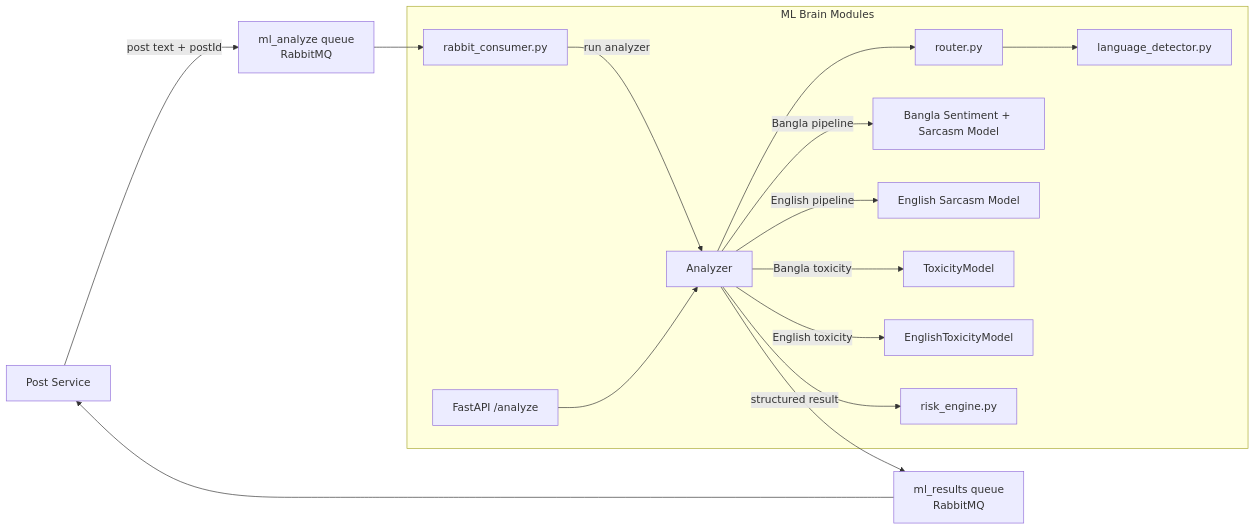
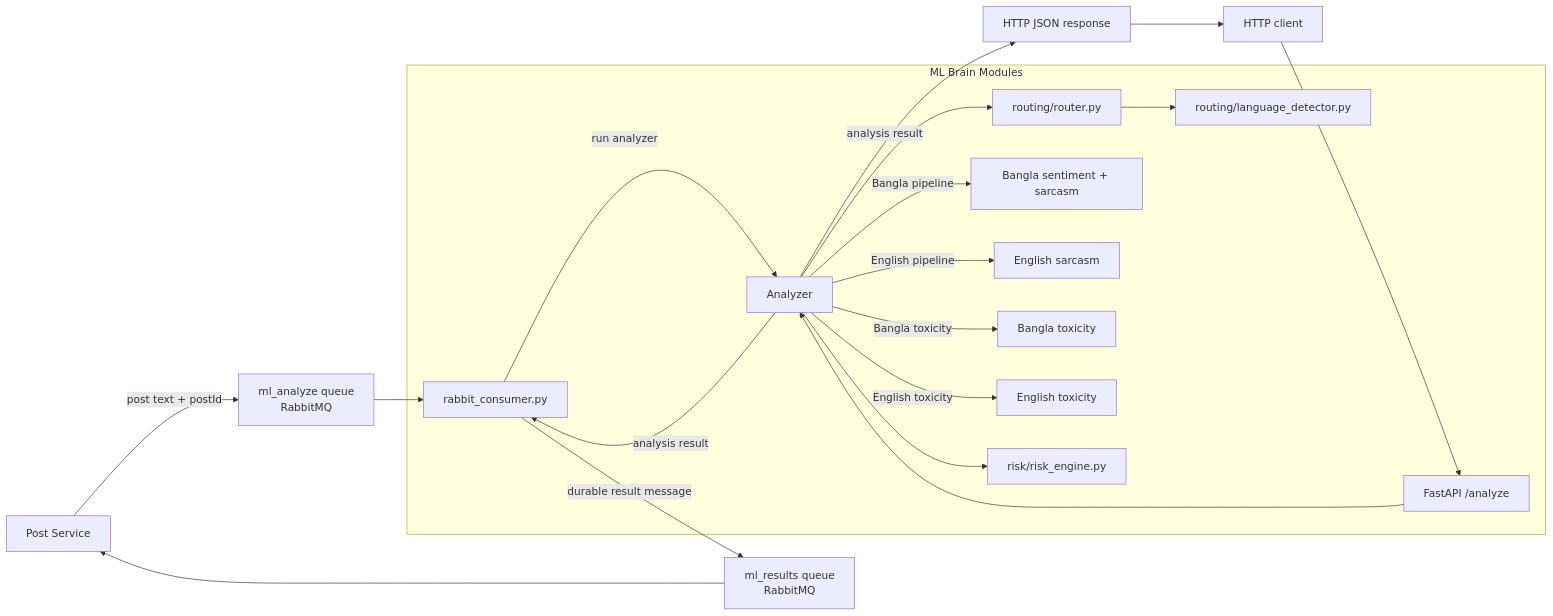
One commit to taiyeba-software/verbascope-social-ml changed the diagram in services/ml-brain/README.md. Above: the diagram before and after it, drawn with Mermaid. The commit also changed other lines of this file and 2 other files, not shown here.

Commit message:
ml-brain: auto-reconnect, redact logs, consumer status in /health, optional API key

````diff
--- a/services/ml-brain/README.md
+++ b/services/ml-brain/README.md
@@ -15,31 +22,35 @@
 ```mermaid
 flowchart LR
     POST[Post Service] -->|post text + postId| MQ1[ml_analyze queue\nRabbitMQ]
     MQ1 --> CONSUMER[rabbit_consumer.py]
     CONSUMER -->|run analyzer| ANALYZER[Analyzer]
 
-    HTTP[FastAPI /analyze] --> ANALYZER
-    ANALYZER --> ROUTER[router.py]
-    ROUTER --> LANG[language_detector.py]
+    HTTP_CLIENT[HTTP client] --> HTTP[FastAPI /analyze]
+    HTTP --> ANALYZER
+    ANALYZER --> ROUTER[ routing/router.py ]
+    ROUTER --> LANG[ routing/language_detector.py ]
 
-    ANALYZER -->|Bangla pipeline| BMODEL[Bangla Sentiment + Sarcasm Model]
-    ANALYZER -->|English pipeline| EMODEL[English Sarcasm Model]
-    ANALYZER -->|Bangla toxicity| BTOX[ToxicityModel]
-    ANALYZER -->|English toxicity| ETOX[EnglishToxicityModel]
-    ANALYZER --> RISK[risk_engine.py]
-    ANALYZER -->|structured result| MQ2[ml_results queue\nRabbitMQ]
+    ANALYZER -->|Bangla pipeline| BMODEL[Bangla sentiment + sarcasm]
+    ANALYZER -->|English pipeline| EMODEL[English sarcasm]
+    ANALYZER -->|Bangla toxicity| BTOX[Bangla toxicity]
+    ANALYZER -->|English toxicity| ETOX[English toxicity]
+    ANALYZER --> RISK[risk/risk_engine.py]
+    ANALYZER -->|analysis result| API_RESPONSE[HTTP JSON response]
+    ANALYZER -->|analysis result| CONSUMER
+    CONSUMER -->|durable result message| MQ2[ml_results queue\nRabbitMQ]
     MQ2 --> POST
 
     subgraph ML_Brain[ML Brain Modules]
         HTTP
         ANALYZER
         ROUTER
         LANG
         BMODEL
         EMODEL
         BTOX
         ETOX
         RISK
         CONSUMER
     end
+    API_RESPONSE --> HTTP_CLIENT
 ```
````
